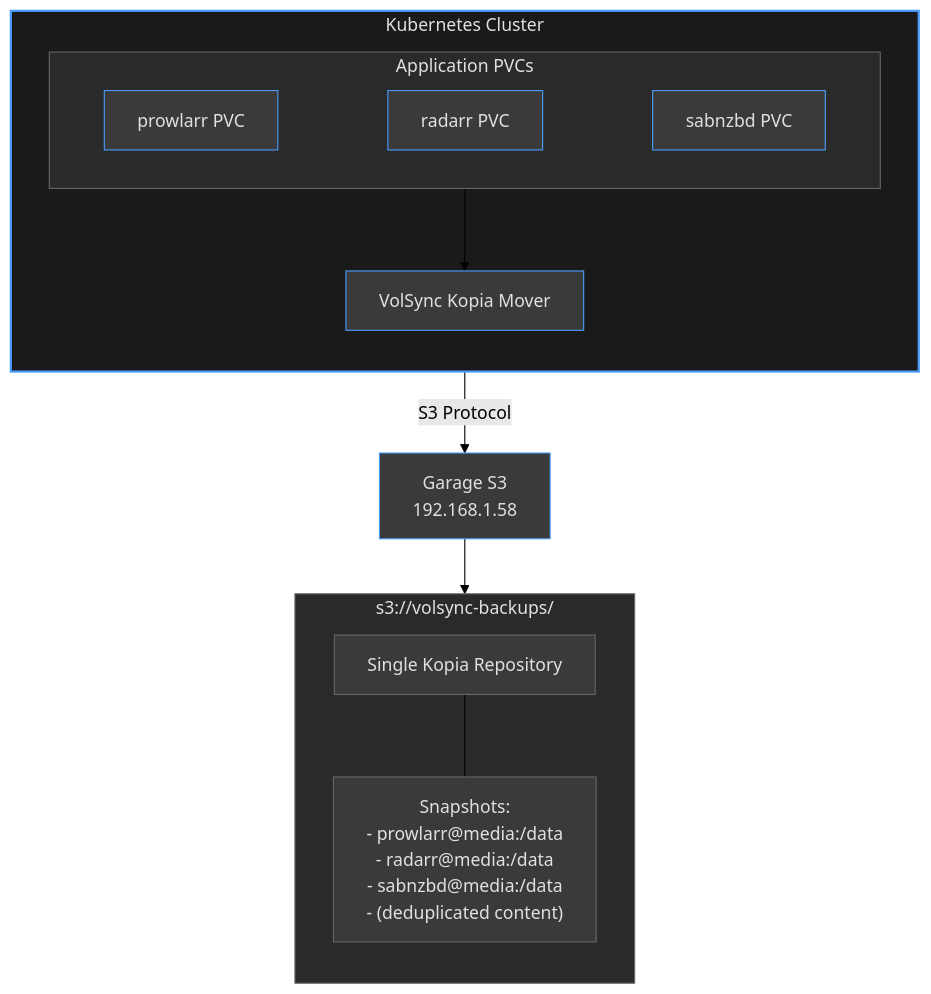
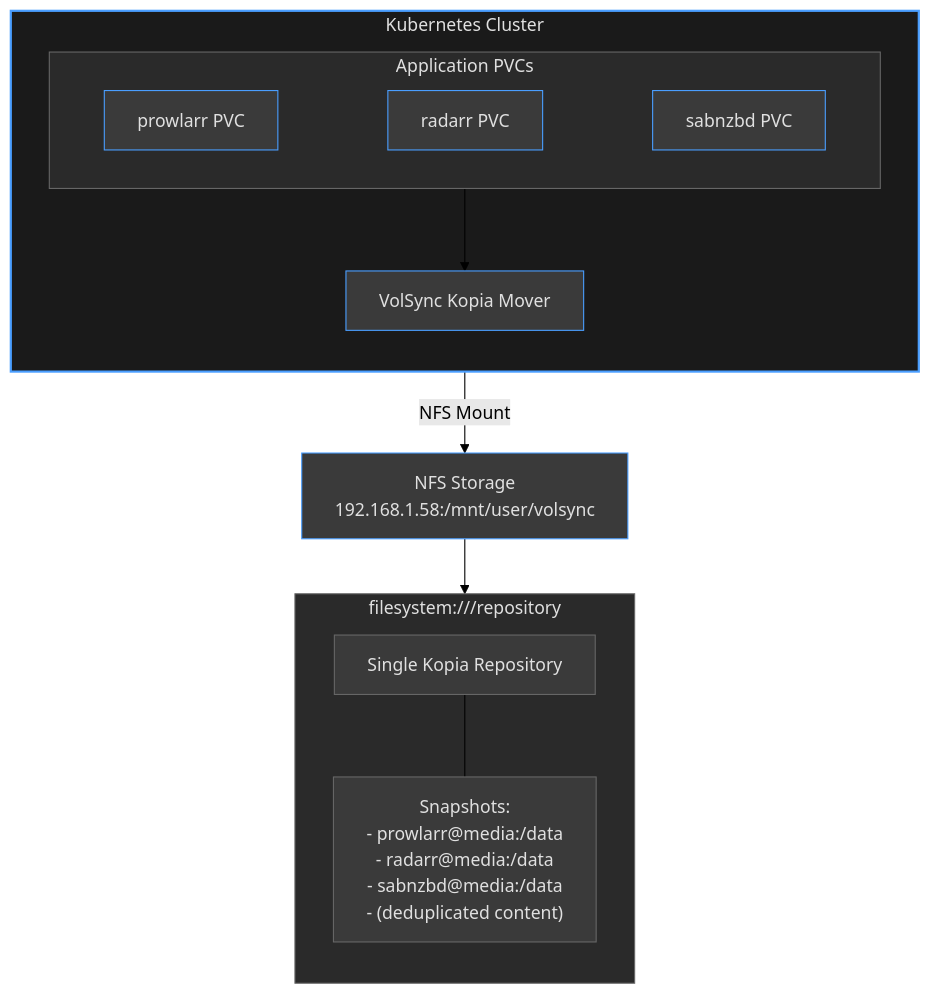
Before and after one commit to rcdailey/home-ops: the diagram in docs/architecture/backup-strategy.md, drawn with Mermaid (forest theme). The commit also changed other lines of this file, not shown here.

First line of the commit message:
docs(backups): update strategy documentation for NFS backend migration

````diff
--- a/docs/architecture/backup-strategy.md
+++ b/docs/architecture/backup-strategy.md
@@ -39,36 +38,36 @@
 ```mermaid
 flowchart TB
     subgraph cluster["Kubernetes Cluster"]
         direction TB
         subgraph apps["Application PVCs"]
             direction LR
             prowlarr["prowlarr PVC"] ~~~ radarr["radarr PVC"] ~~~ sabnzbd["sabnzbd PVC"]
         end
         volsync["VolSync Kopia Mover"]
     end
 
     apps --> volsync
 
-    garage["Garage S3<br/>192.168.1.58"]
-    volsync -->|S3 Protocol| garage
+    nfs["NFS Storage<br/>192.168.1.58:/mnt/user/volsync"]
+    volsync -->|NFS Mount| nfs
 
-    subgraph repo["s3://volsync-backups/"]
+    subgraph repo["filesystem:///repository"]
         direction TB
         metadata["Single Kopia Repository"]
         snapshots["Snapshots:<br/>- prowlarr@media:/data<br/>- radarr@media:/data<br/>- sabnzbd@media:/data<br/>- (deduplicated content)"]
         metadata --- snapshots
     end
 
-    garage --> repo
+    nfs --> repo
 
     style cluster fill:#1a1a1a,stroke:#4a9eff,stroke-width:2px,color:#e0e0e0
     style apps fill:#2a2a2a,stroke:#666,stroke-width:1px,color:#e0e0e0
     style repo fill:#2a2a2a,stroke:#666,stroke-width:1px,color:#e0e0e0
     style prowlarr fill:#3a3a3a,stroke:#4a9eff,color:#e0e0e0
     style radarr fill:#3a3a3a,stroke:#4a9eff,color:#e0e0e0
     style sabnzbd fill:#3a3a3a,stroke:#4a9eff,color:#e0e0e0
     style volsync fill:#3a3a3a,stroke:#4a9eff,color:#e0e0e0
-    style garage fill:#3a3a3a,stroke:#4a9eff,color:#e0e0e0
+    style nfs fill:#3a3a3a,stroke:#4a9eff,color:#e0e0e0
     style metadata fill:#3a3a3a,stroke:#666,color:#e0e0e0
     style snapshots fill:#3a3a3a,stroke:#666,color:#e0e0e0
 ```
````
